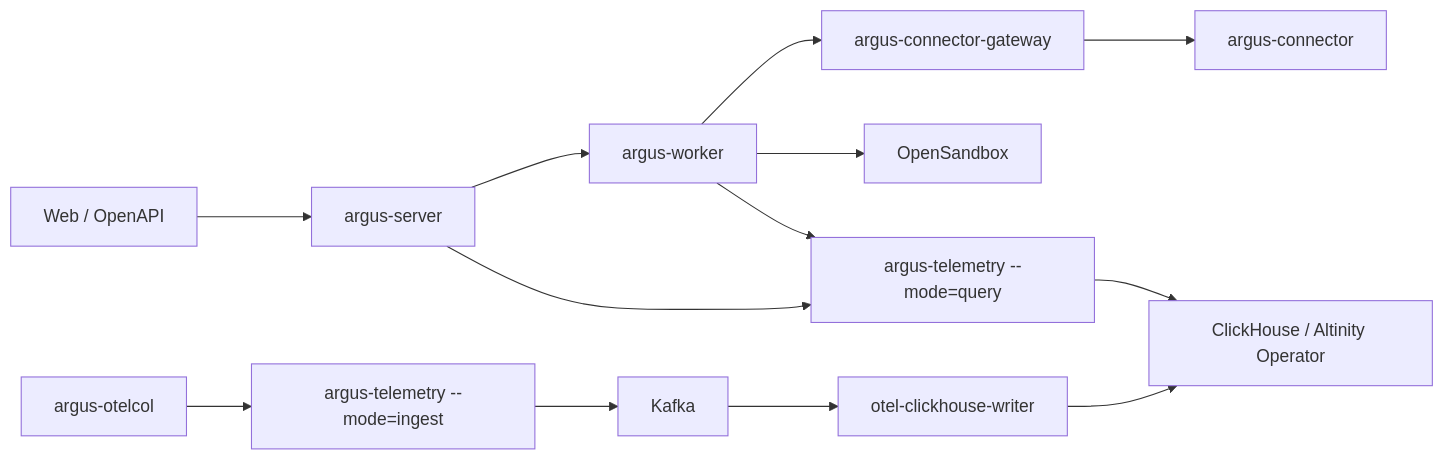
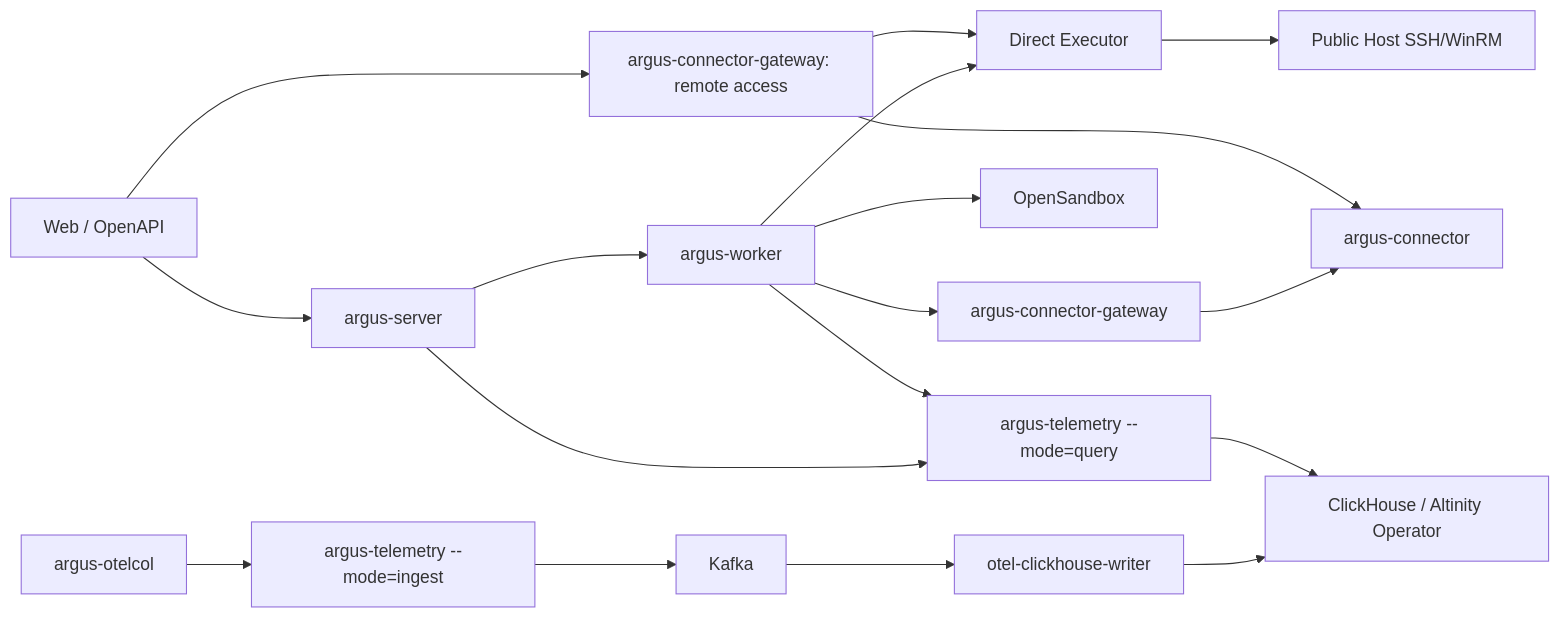
One commit to kakj-go/Argus changed the first of 3 diagrams in docs/01-product-and-architecture.md. Above: the diagram before and after it, drawn with Mermaid. The commit also changed other lines of this file and 302 other files, not shown here.

````diff
--- a/docs/01-product-and-architecture.md
+++ b/docs/01-product-and-architecture.md
@@ -53,17 +60,22 @@
 ```mermaid
 flowchart LR
     Web["Web / OpenAPI"] --> Server["argus-server"]
     Server --> Worker["argus-worker"]
     Worker --> ConnectorGateway["argus-connector-gateway"]
     ConnectorGateway --> Connector["argus-connector"]
+    Web --> RemoteGateway["argus-connector-gateway: remote access"]
+    RemoteGateway --> Connector
+    Worker --> DirectExecutor["Direct Executor"]
+    RemoteGateway --> DirectExecutor
+    DirectExecutor --> PublicHost["Public Host SSH/WinRM"]
     Worker --> Sandbox["OpenSandbox"]
 
     Collector["argus-otelcol"] --> Ingest["argus-telemetry --mode=ingest"]
     Ingest --> Kafka["Kafka"]
     Kafka --> Writer["otel-clickhouse-writer"]
     Writer --> ClickHouse["ClickHouse / Altinity Operator"]
 
     Server --> Query["argus-telemetry --mode=query"]
     Worker --> Query
     Query --> ClickHouse
 ```
````
